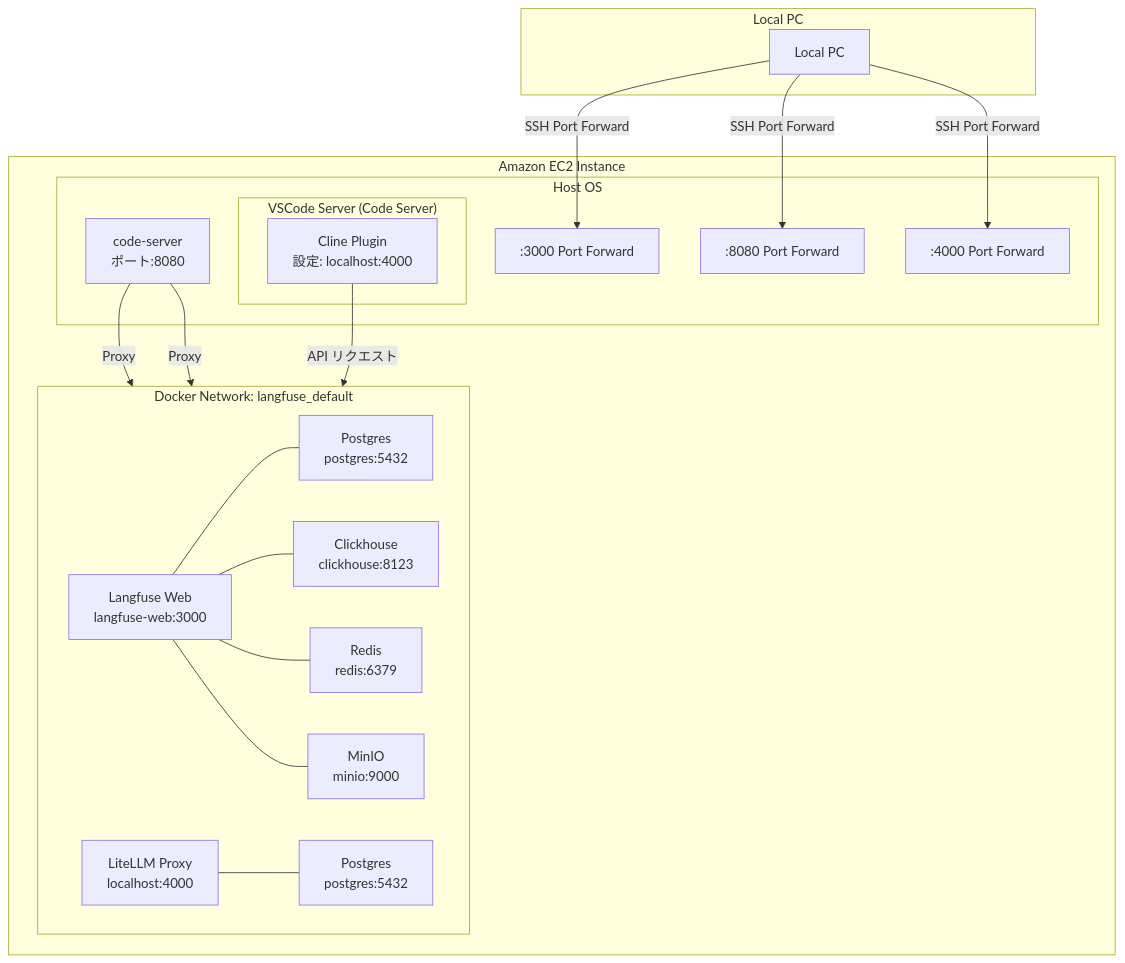
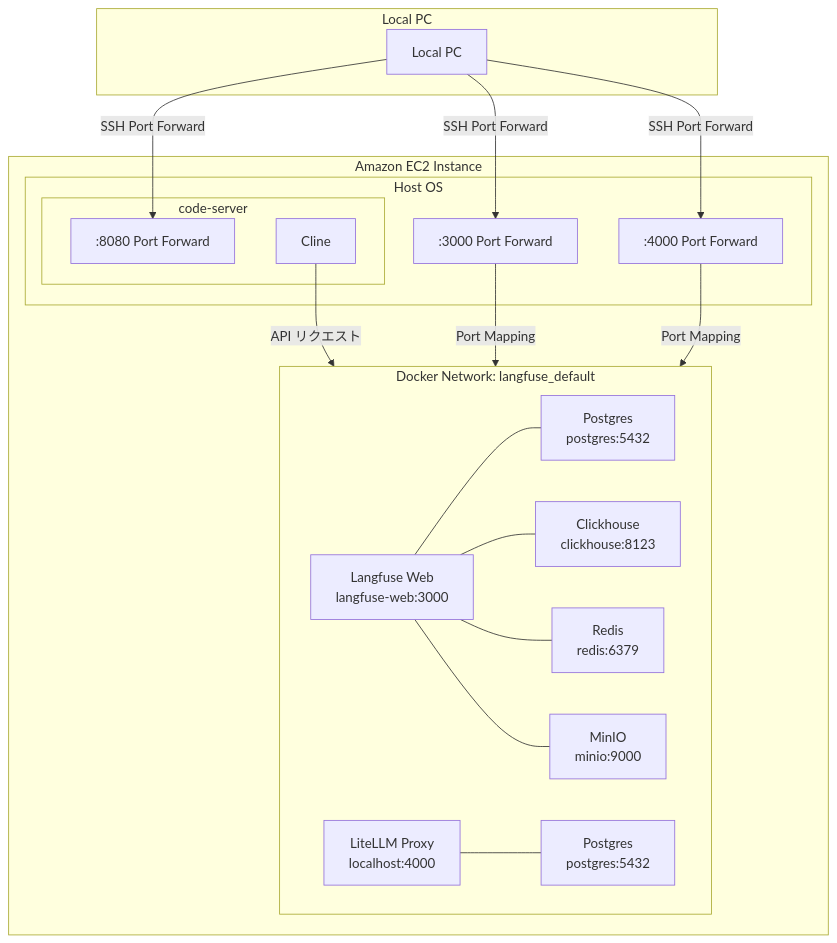
One commit to littlemex/aws-samples changed the diagram in workshops/ai-coding-workshop/cline/4.langfuse/README.md. Above: the diagram before and after it, drawn with Mermaid. The commit also changed other lines of this file, not shown here.

````diff
--- a/workshops/ai-coding-workshop/cline/4.langfuse/README.md
+++ b/workshops/ai-coding-workshop/cline/4.langfuse/README.md
@@ -17,45 +22,44 @@
 ```mermaid
 graph TB
     subgraph "Local PC"
         MB[Local PC]
     end
 
     subgraph "Amazon EC2 Instance"
         subgraph "Host OS"
-            CS[code-server<br/>ポート:8080]
             
-            subgraph "VSCode Server (Code Server)"
-                CP[Cline Plugin<br/>設定: localhost:4000]
+            subgraph "code-server"
+               PF2[":8080 Port Forward"]
+               CP[Cline]
             end
             
             PF1[":3000 Port Forward"]
-            PF2[":8080 Port Forward"]
             PF3[":4000 Port Forward"]
         end
 
         subgraph "Docker Network: langfuse_default"
             direction LR
             LF[Langfuse Web<br/>langfuse-web:3000]
             PG1[Postgres<br/>postgres:5432]
             CH[Clickhouse<br/>clickhouse:8123]
             RD[Redis<br/>redis:6379]
             MN[MinIO<br/>minio:9000]
             LL[LiteLLM Proxy<br/>localhost:4000]
             PG2[Postgres<br/>postgres:5432]
             
             LF --- PG1
             LF --- CH
             LF --- RD
             LF --- MN
             LL --- PG2
         end
 
-        CS -- "Proxy" --> LF
-        CS -- "Proxy" --> LL
         CP -- "API リクエスト" --> LL
+        PF1 -- "Port Mapping" --> LF
+        PF3 -- "Port Mapping" --> LL
     end
 
     MB -- "SSH Port Forward" --> PF1
     MB -- "SSH Port Forward" --> PF2
     MB -- "SSH Port Forward" --> PF3
 ```
````
